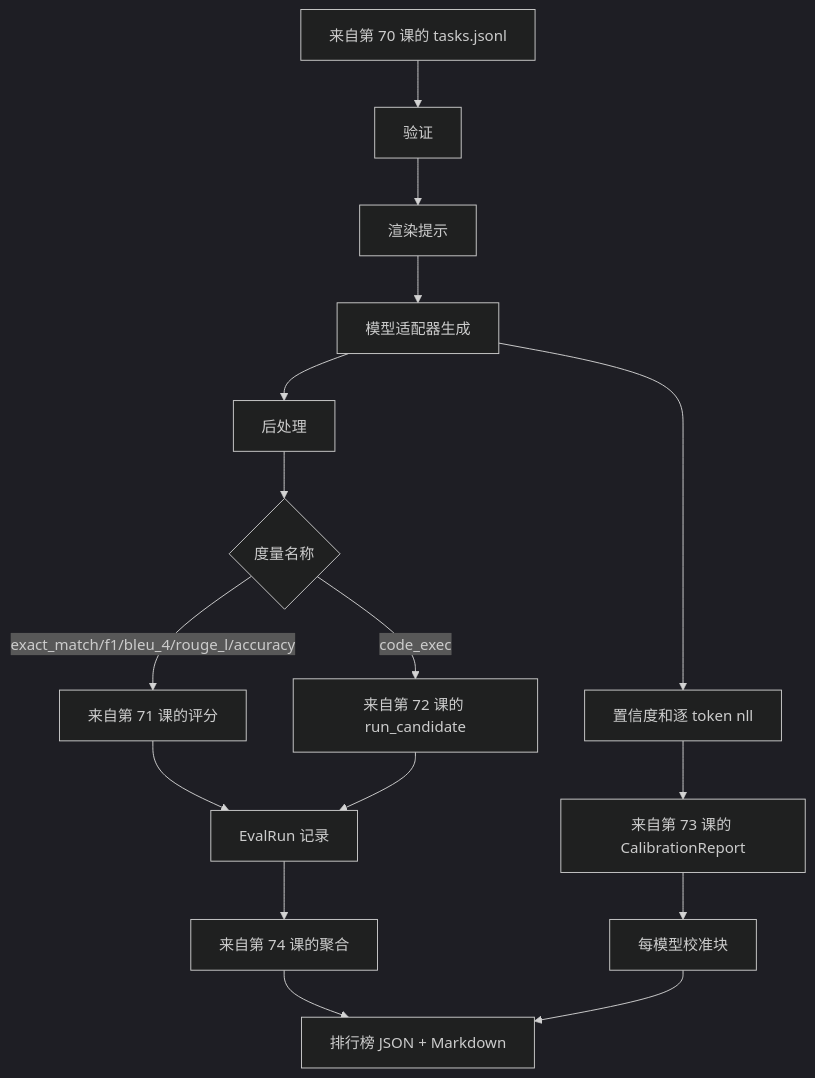
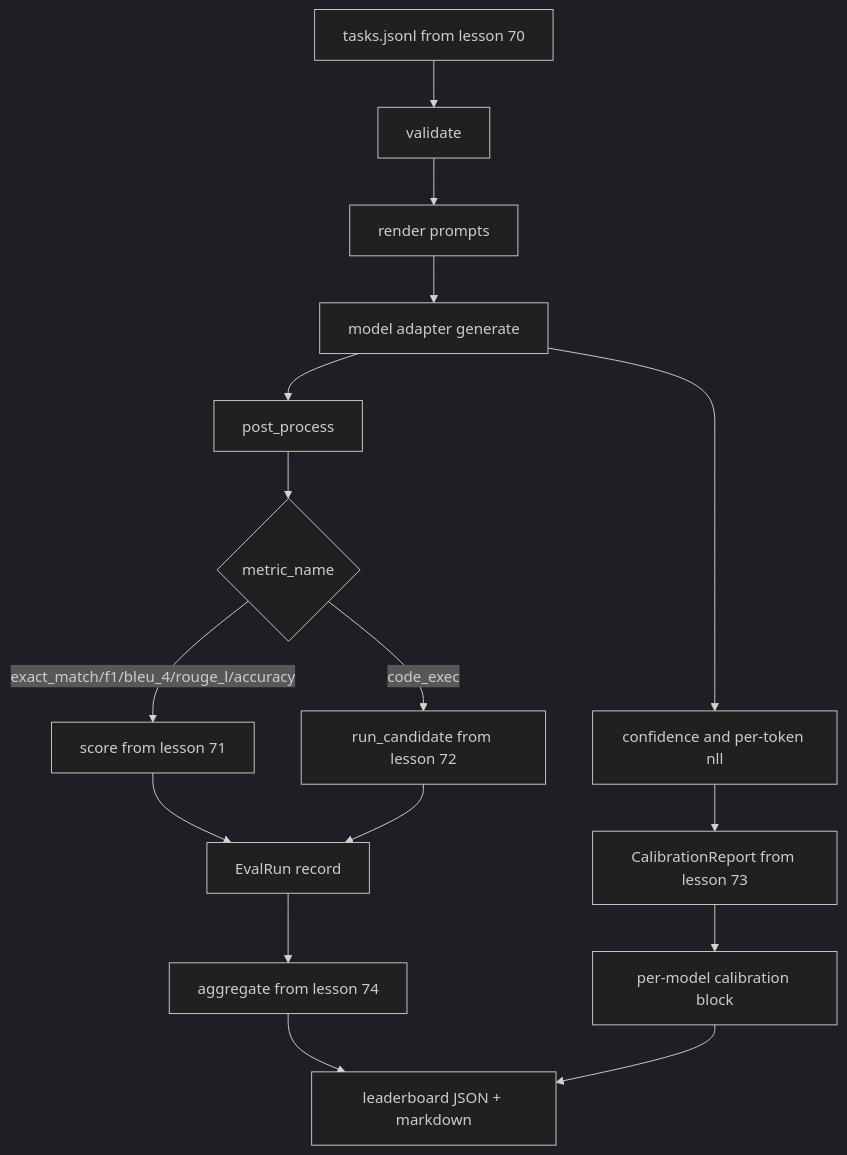
The diagram in i18n/zh/phases/19-capstone-projects/75-end-to-end-eval-runner/docs/zh.md (xiaojiaenen/ai-engineering-from-scratch-zh), drawn with Mermaid (dark theme) before and after one commit. The commit also changed other lines of this file and 85 other files, not shown here.

````diff
--- a/i18n/zh/phases/19-capstone-projects/75-end-to-end-eval-runner/docs/zh.md
+++ b/i18n/zh/phases/19-capstone-projects/75-end-to-end-eval-runner/docs/zh.md
@@ -24,18 +24,18 @@
 ```mermaid
 flowchart TD
-    A[来自第 70 课的 tasks.jsonl] --> B[验证]
-    B --> C[渲染提示]
-    C --> D[模型适配器生成]
-    D --> E[后处理]
-    E --> F{度量名称}
-    F -->|exact_match/f1/bleu_4/rouge_l/accuracy| G[来自第 71 课的评分]
-    F -->|code_exec| H[来自第 72 课的 run_candidate]
-    G --> R[EvalRun 记录]
+    A[tasks.jsonl from lesson 70] --> B[validate]
+    B --> C[render prompts]
+    C --> D[model adapter generate]
+    D --> E[post_process]
+    E --> F{metric_name}
+    F -->|exact_match/f1/bleu_4/rouge_l/accuracy| G[score from lesson 71]
+    F -->|code_exec| H[run_candidate from lesson 72]
+    G --> R[EvalRun record]
     H --> R
-    D --> S[置信度和逐 token nll]
-    S --> T[来自第 73 课的 CalibrationReport]
-    R --> U[来自第 74 课的聚合]
-    T --> V[每模型校准块]
-    U --> W[排行榜 JSON + Markdown]
+    D --> S[confidence and per-token nll]
+    S --> T[CalibrationReport from lesson 73]
+    R --> U[aggregate from lesson 74]
+    T --> V[per-model calibration block]
+    U --> W[leaderboard JSON + markdown]
     V --> W
 ```
````
